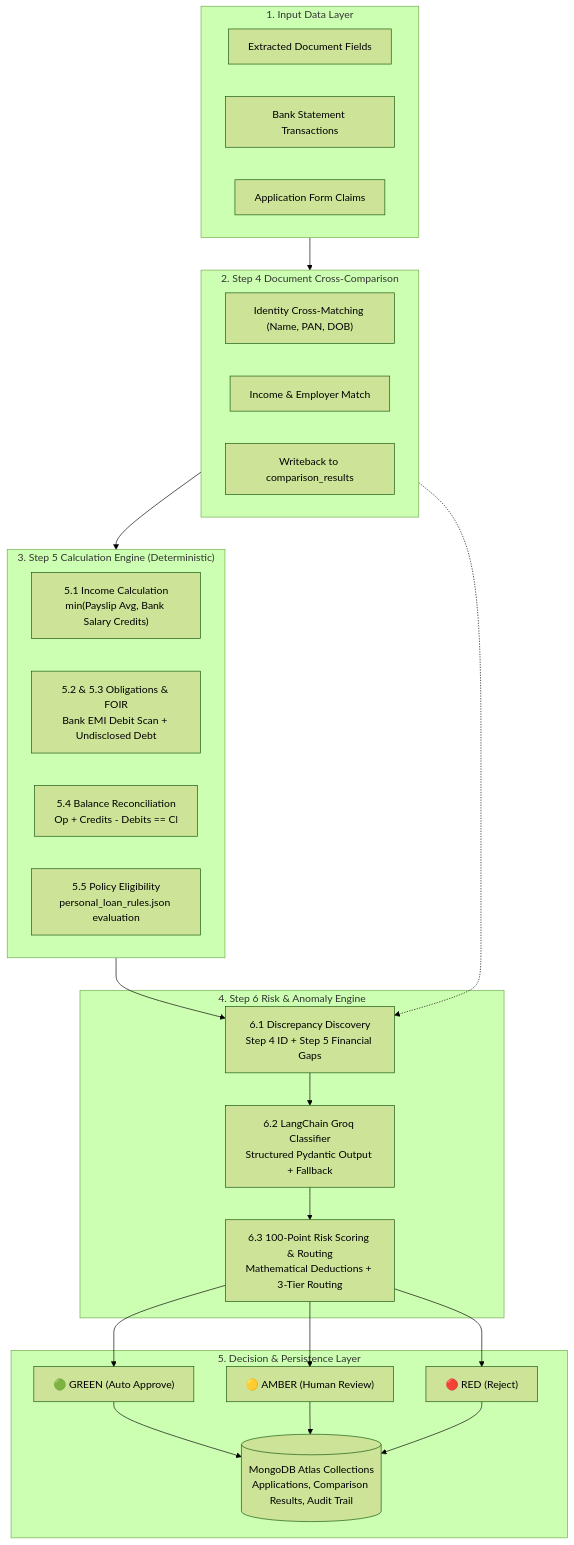
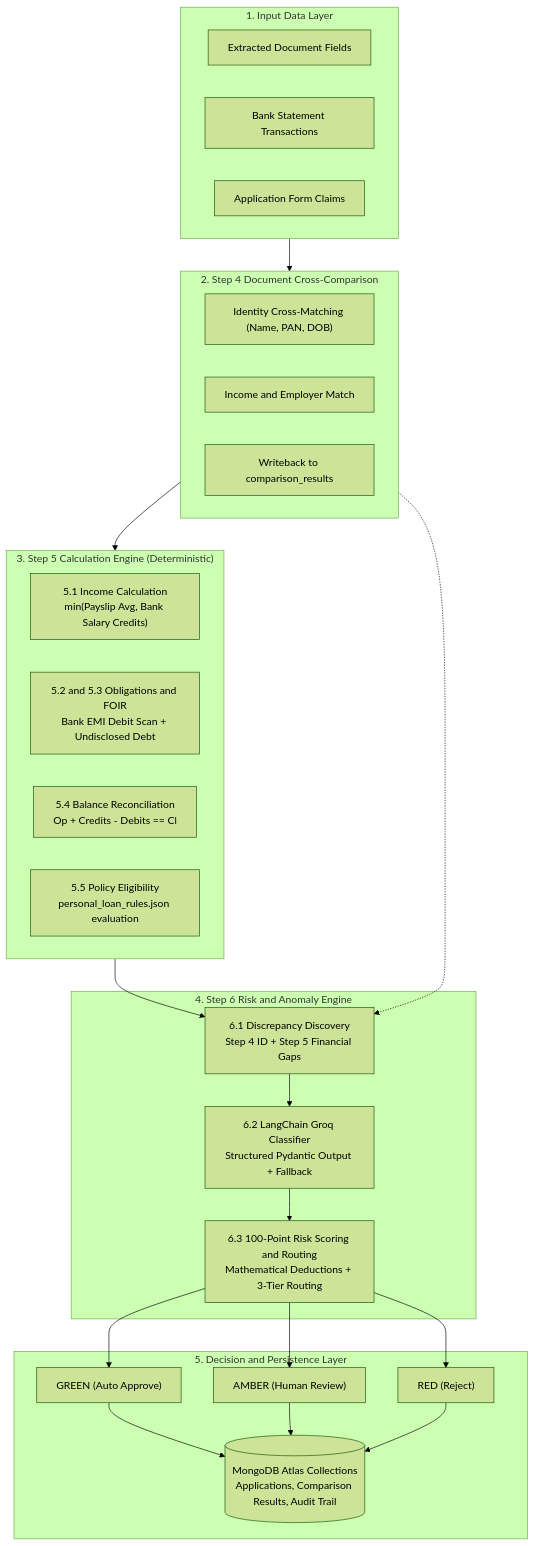
Before and after one commit to Vedant04-tech/Loan-Processing-with-GenAI: the diagram in GUIDE_AND_HANDOVER.md, drawn with Mermaid (forest theme). The commit also changed other lines of this file and 1 other file, not shown here.

Commit message:
docs: remove test badge, fix conflict markers, and fix mermaid diagram syntax for GitHub rendering

````diff
--- a/GUIDE_AND_HANDOVER.md
+++ b/GUIDE_AND_HANDOVER.md
@@ -38,43 +38,47 @@
 ```mermaid
 flowchart TD
     subgraph INGESTION["1. Input Data Layer"]
-        A1[Extracted Document Fields]
-        A2[Bank Statement Transactions]
-        A3[Application Form Claims]
+        A1["Extracted Document Fields"]
+        A2["Bank Statement Transactions"]
+        A3["Application Form Claims"]
     end
 
     subgraph STEP4["2. Step 4 Document Cross-Comparison"]
         S4_1["Identity Cross-Matching (Name, PAN, DOB)"]
-        S4_2["Income & Employer Match"]
+        S4_2["Income and Employer Match"]
         S4_3["Writeback to comparison_results"]
     end
 
     subgraph STEP5["3. Step 5 Calculation Engine (Deterministic)"]
-        B1["5.1 Income Calculation<br/>min(Payslip Avg, Bank Salary Credits)"]
-        B2["5.2 & 5.3 Obligations & FOIR<br/>Bank EMI Debit Scan + Undisclosed Debt"]
-        B3["5.4 Balance Reconciliation<br/>Op + Credits - Debits == Cl"]
-        B4["5.5 Policy Eligibility<br/>personal_loan_rules.json evaluation"]
+        B1["5.1 Income Calculation<br>min(Payslip Avg, Bank Salary Credits)"]
+        B2["5.2 and 5.3 Obligations and FOIR<br>Bank EMI Debit Scan + Undisclosed Debt"]
+        B3["5.4 Balance Reconciliation<br>Op + Credits - Debits == Cl"]
+        B4["5.5 Policy Eligibility<br>personal_loan_rules.json evaluation"]
     end
 
-    subgraph STEP6["4. Step 6 Risk & Anomaly Engine"]
-        C1["6.1 Discrepancy Discovery<br/>Step 4 ID + Step 5 Financial Gaps"]
-        C2["6.2 LangChain Groq Classifier<br/>Structured Pydantic Output + Fallback"]
-        C3["6.3 100-Point Risk Scoring & Routing<br/>Mathematical Deductions + 3-Tier Routing"]
+    subgraph STEP6["4. Step 6 Risk and Anomaly Engine"]
+        C1["6.1 Discrepancy Discovery<br>Step 4 ID + Step 5 Financial Gaps"]
+        C2["6.2 LangChain Groq Classifier<br>Structured Pydantic Output + Fallback"]
+        C3["6.3 100-Point Risk Scoring and Routing<br>Mathematical Deductions + 3-Tier Routing"]
     end
 
-    subgraph DECISION["5. Decision & Persistence Layer"]
-        D1["🟢 GREEN (Auto Approve)"]
-        D2["🟡 AMBER (Human Review)"]
-        D3["🔴 RED (Reject)"]
-        D4[("MongoDB Atlas Collections<br/>Applications, Comparison Results, Audit Trail")]
+    subgraph DECISION["5. Decision and Persistence Layer"]
+        D1["GREEN (Auto Approve)"]
+        D2["AMBER (Human Review)"]
+        D3["RED (Reject)"]
+        D4[("MongoDB Atlas Collections<br>Applications, Comparison Results, Audit Trail")]
     end
 
     INGESTION --> STEP4
     STEP4 --> STEP5
     STEP5 --> C1
     STEP4 -.-> C1
     C1 --> C2
     C2 --> C3
-    C3 --> D1 & D2 & D3
-    D1 & D2 & D3 --> D4
+    C3 --> D1
+    C3 --> D2
+    C3 --> D3
+    D1 --> D4
+    D2 --> D4
+    D3 --> D4
 ```
````
